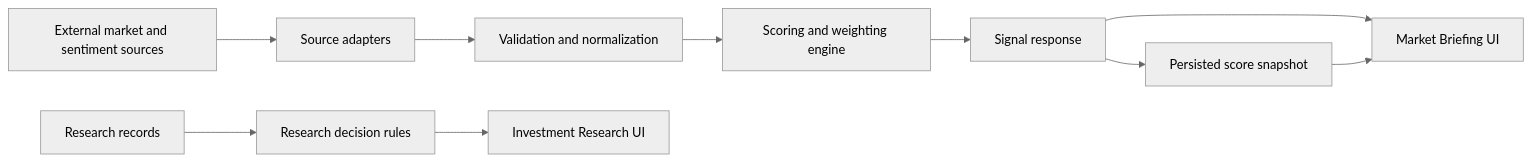
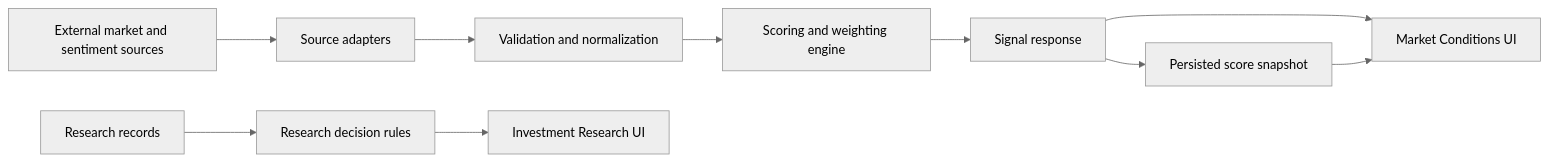
One commit to hooiml/signal changed the fourth of 4 diagrams in docs/PROJECT_OBJECTIVE_AND_FLOWS.md. Above: the diagram before and after it, drawn with Mermaid (neutral theme). The commit also changed other lines of this file and 21 other files, not shown here.

Commit message:
Rename market briefing terminology to market conditions

````diff
--- a/docs/PROJECT_OBJECTIVE_AND_FLOWS.md
+++ b/docs/PROJECT_OBJECTIVE_AND_FLOWS.md
@@ -321,12 +321,12 @@
 ```mermaid
 flowchart LR
     A[External market and sentiment sources] --> B[Source adapters]
     B --> C[Validation and normalization]
     C --> D[Scoring and weighting engine]
     D --> E[Signal response]
     E --> F[Persisted score snapshot]
-    E --> G[Market Briefing UI]
+    E --> G[Market Conditions UI]
     F --> G
     H[Research records] --> I[Research decision rules]
     I --> J[Investment Research UI]
 ```
````
